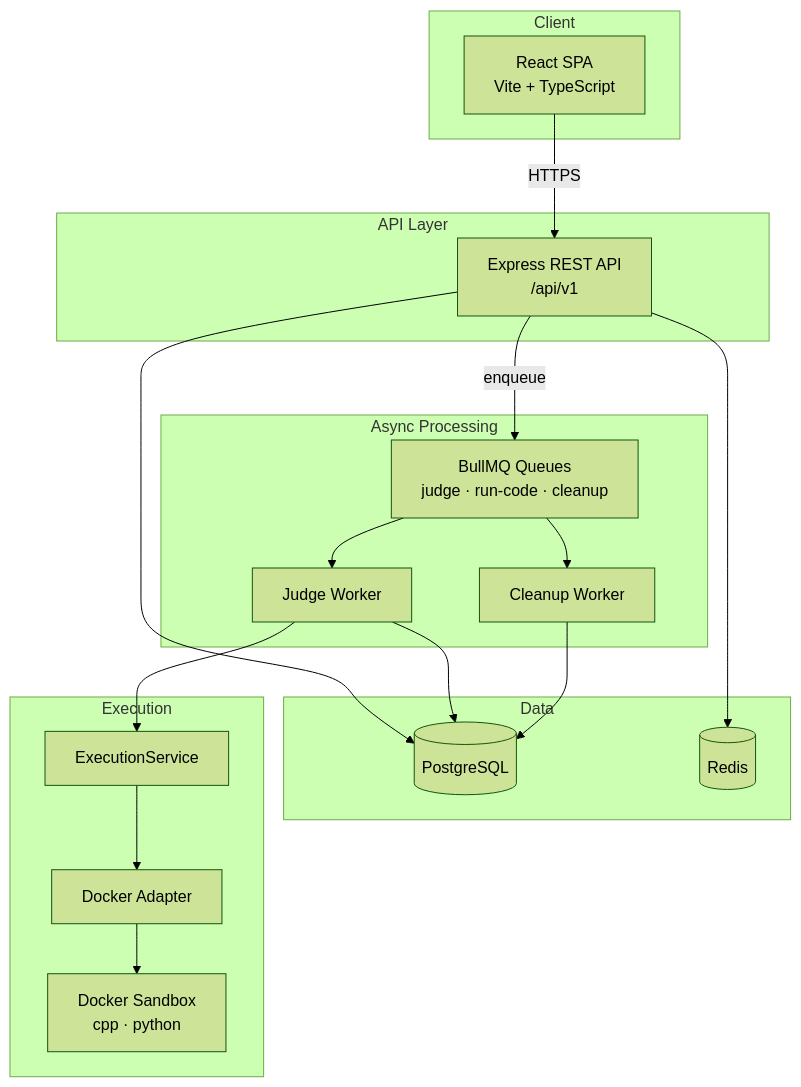
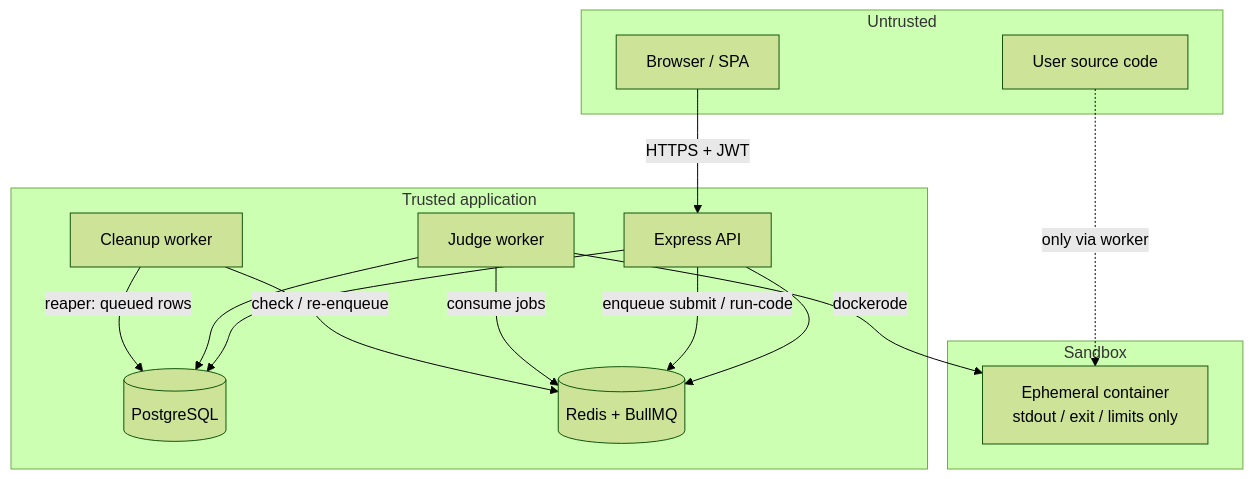
Before and after one commit to ReshwanthKudikala/JudgeX: the first of 5 diagrams in README.md, drawn with Mermaid (forest theme). The commit also changed other lines of this file, not shown here.

````diff
--- a/README.md
+++ b/README.md
@@ -140,39 +164,30 @@
 ```mermaid
 flowchart TB
-  subgraph Client
-    FE[React SPA<br/>Vite + TypeScript]
+  subgraph Untrusted["Untrusted"]
+    FE[Browser / SPA]
+    CODE[User source code]
   end
 
-  subgraph API["API Layer"]
-    REST[Express REST API<br/>/api/v1]
+  subgraph Trusted["Trusted application"]
+    API[Express API]
+    PG[(PostgreSQL)]
+    RD[(Redis + BullMQ)]
+    JW[Judge worker]
+    CW[Cleanup worker]
   end
 
-  subgraph Data
-    PG[(PostgreSQL)]
-    RD[(Redis)]
+  subgraph Sandbox["Sandbox"]
+    SB[Ephemeral container<br/>stdout / exit / limits only]
   end
 
-  subgraph Queue["Async Processing"]
-    BQ[BullMQ Queues<br/>judge · run-code · cleanup]
-    JW[Judge Worker]
-    CW[Cleanup Worker]
-  end
-
-  subgraph Execution
-    ES[ExecutionService]
-    DA[Docker Adapter]
-    SB[Docker Sandbox<br/>cpp · python]
-  end
-
-  FE -->|HTTPS| REST
-  REST --> PG
-  REST --> RD
-  REST -->|enqueue| BQ
-  BQ --> JW
-  BQ --> CW
-  JW --> ES
-  ES --> DA
-  DA --> SB
+  FE -->|HTTPS + JWT| API
+  API --> PG
+  API --> RD
+  API -->|enqueue submit / run-code| RD
+  JW -->|consume jobs| RD
   JW --> PG
-  CW --> PG
+  CW -->|reaper: queued rows| PG
+  CW -->|check / re-enqueue| RD
+  CODE -.->|only via worker| SB
+  JW -->|dockerode| SB
 ```
````
